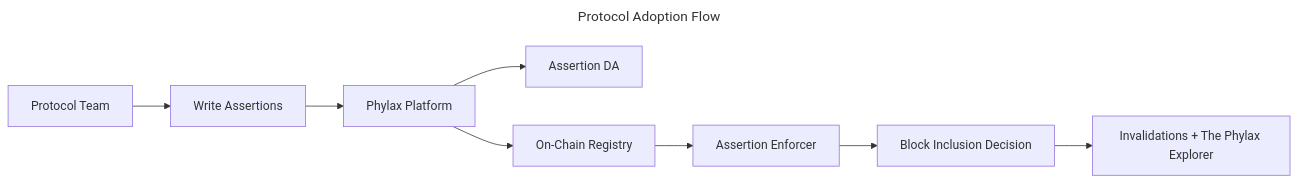
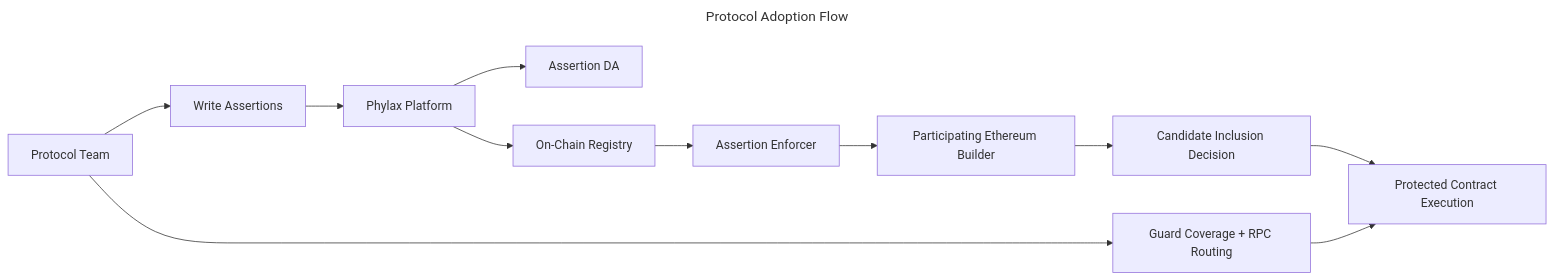
The diagram in credible/dapp-integration.mdx (phylaxsystems/phylax-docs), drawn with Mermaid before and after one commit. The commit also changed other lines of this file and 57 other files, not shown here.

````diff
--- a/credible/dapp-integration.mdx
+++ b/credible/dapp-integration.mdx
@@ -32,13 +32,16 @@
 ```mermaid
 ---
 title: Protocol Adoption Flow
 ---
 flowchart LR
   Dev[Protocol Team] --> Assertion[Write Assertions]
   Assertion --> Platform[Phylax Platform]
   Platform --> DA[Assertion DA]
   Platform --> Registry[On-Chain Registry]
   Registry --> Enforcer[Assertion Enforcer]
-  Enforcer --> Outcome[Block Inclusion Decision]
-  Outcome --> Invalidations[Invalidations + The Phylax Explorer]
+  Enforcer --> Builder[Participating Ethereum Builder]
+  Builder --> Outcome[Candidate Inclusion Decision]
+  Dev --> Guard[Guard Coverage + RPC Routing]
+  Guard --> Execution[Protected Contract Execution]
+  Outcome --> Execution
 ```
````
